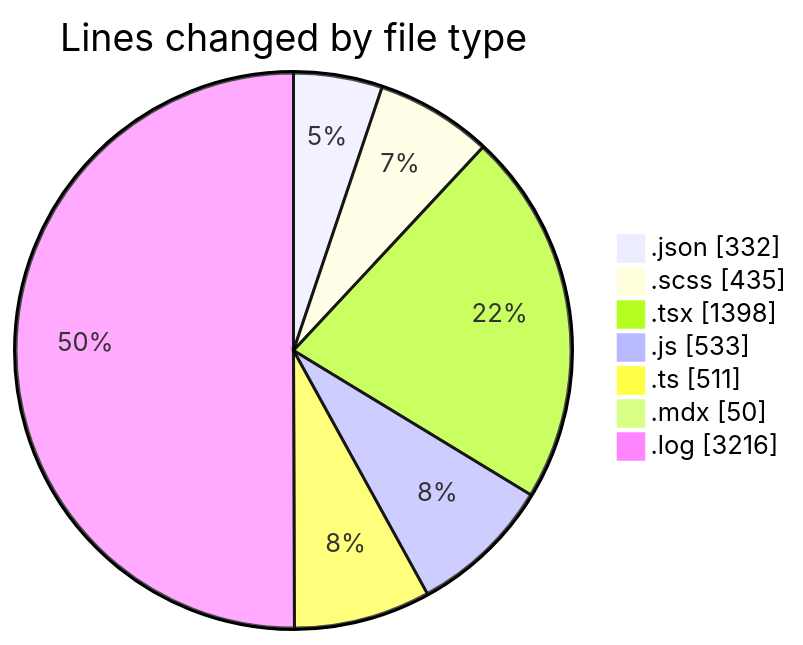
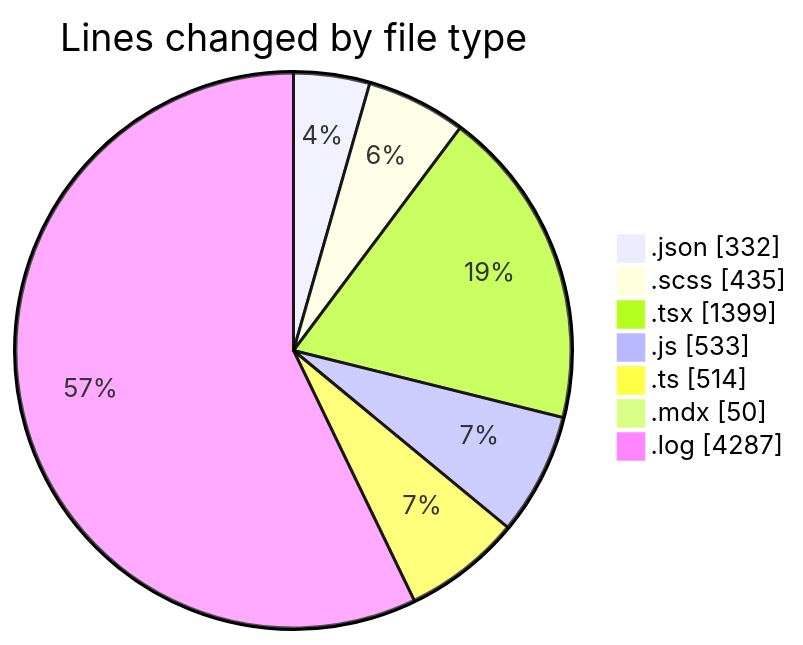
Before and after one commit to momahboobian/code-tracking: the first of 2 diagrams in 2026-04-20/cda/README.md, drawn with Mermaid. The commit also changed other lines of this file and 1 other file, not shown here.

````diff
--- a/2026-04-20/cda/README.md
+++ b/2026-04-20/cda/README.md
@@ -39,11 +40,11 @@
 ```mermaid
 pie showData
 title Lines changed by file type
 ".json" : 332
 ".scss" : 435
-".tsx" : 1398
+".tsx" : 1399
 ".js" : 533
-".ts" : 511
+".ts" : 514
 ".mdx" : 50
-".log" : 3216
+".log" : 4287
 ```
````
